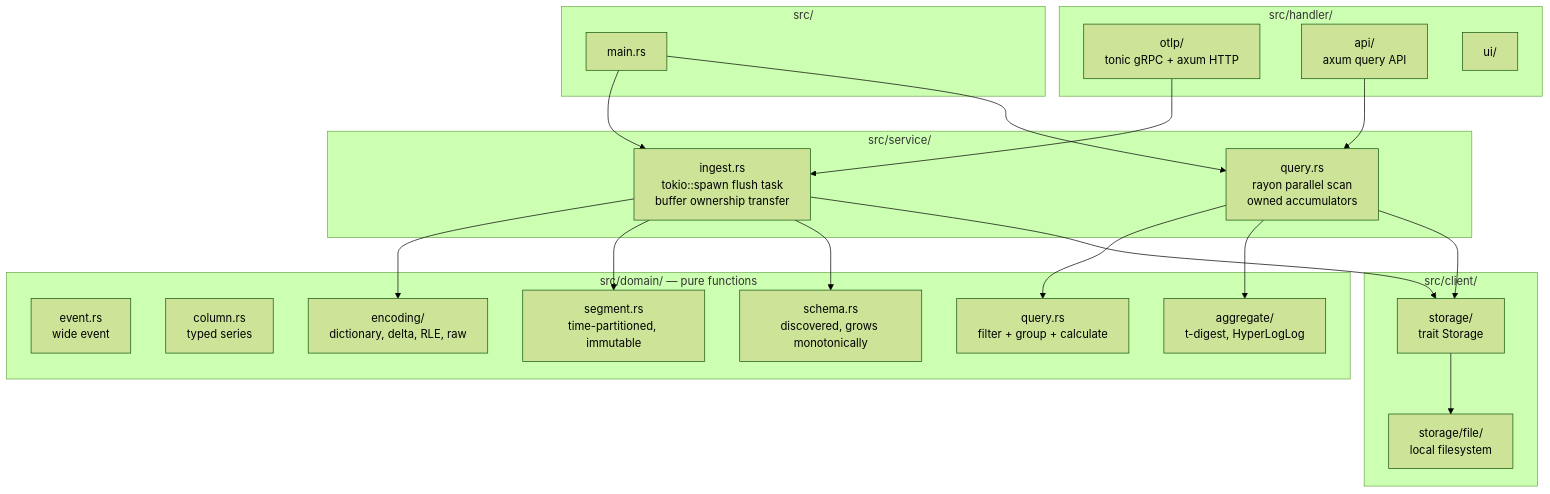
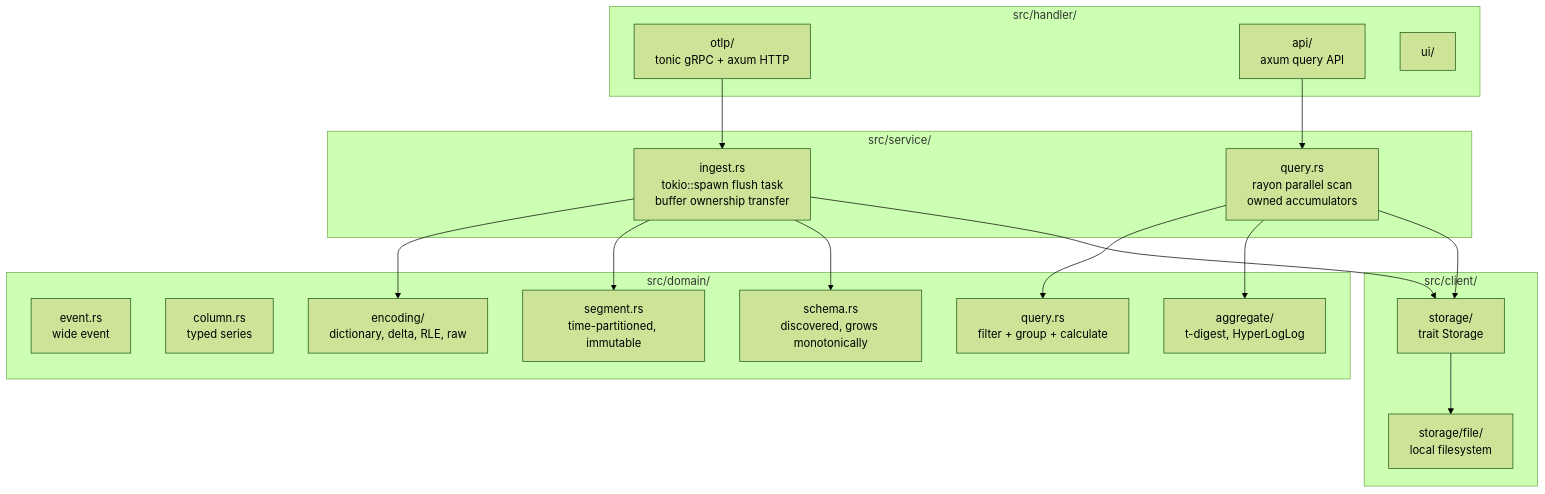
Before and after one commit to w-h-a/rust-glass: the second of 2 diagrams in README.md, drawn with Mermaid (forest theme). The commit also changed 2 other files, not shown here.

Commit message:
docs: update README (#1)

````diff
--- a/README.md
+++ b/README.md
@@ -27,45 +27,39 @@
 ```mermaid
 graph TD
-    subgraph "src/"
-        MAIN[main.rs]
-    end
-
-    subgraph "src/domain/ — pure functions"
+    subgraph "src/domain/"
         EV[event.rs<br/>wide event]
         COL[column.rs<br/>typed series]
         SEG[segment.rs<br/>time-partitioned, immutable]
         SCH[schema.rs<br/>discovered, grows monotonically]
         QRY[query.rs<br/>filter + group + calculate]
         ENC[encoding/<br/>dictionary, delta, RLE, raw]
         AGG[aggregate/<br/>t-digest, HyperLogLog]
     end
 
     subgraph "src/service/"
         ING[ingest.rs<br/>tokio::spawn flush task<br/>buffer ownership transfer]
         QE[query.rs<br/>rayon parallel scan<br/>owned accumulators]
     end
 
     subgraph "src/handler/"
         OT[otlp/<br/>tonic gRPC + axum HTTP]
         API[api/<br/>axum query API]
         UI[ui/]
     end
 
     subgraph "src/client/"
         ST[storage/<br/>trait Storage]
         STF[storage/file/<br/>local filesystem]
     end
 
-    MAIN --> ING
-    MAIN --> QE
     ING --> ENC
     ING --> SEG
     ING --> SCH
     ING --> ST
     QE --> QRY
     QE --> AGG
     QE --> ST
     OT --> ING
     API --> QE
     ST --> STF
 ```
````
